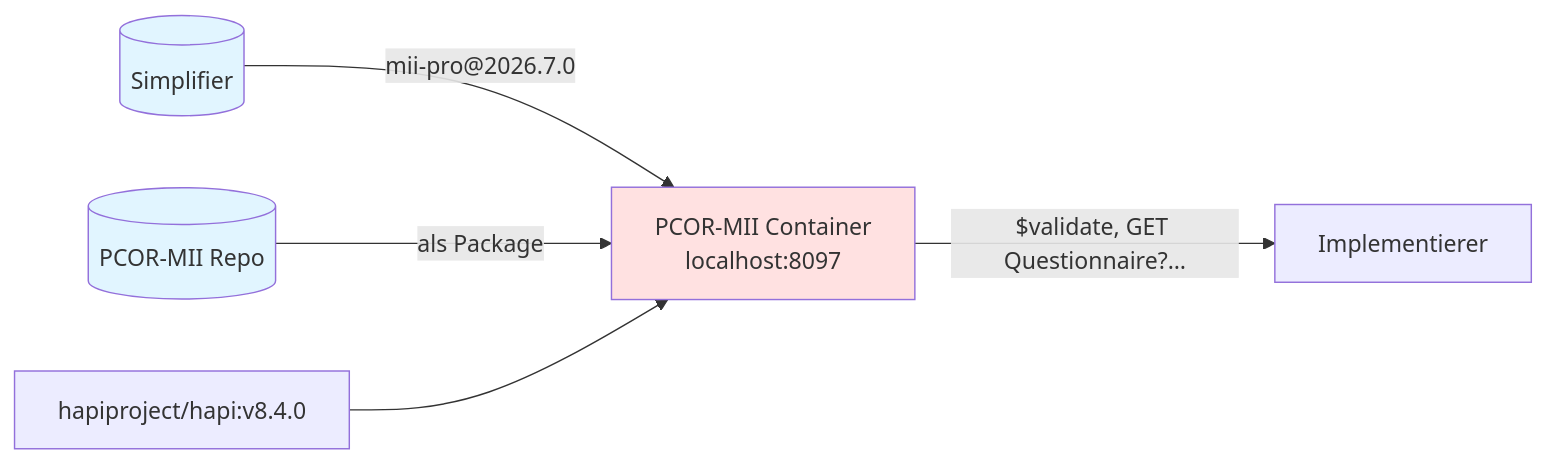
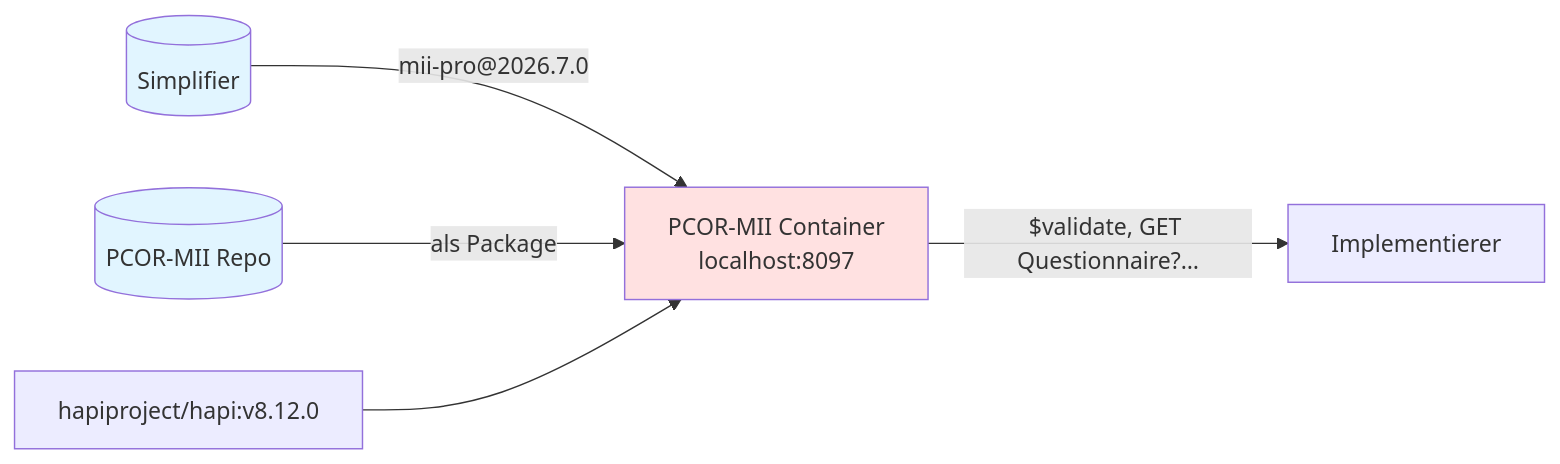
One commit to BIH-CEI/PCOR-MII changed the first of 2 diagrams in input/pagecontent/Bereitstellung.md. Above: the diagram before and after it, drawn with Mermaid. The commit also changed other lines of this file and 45 other files, not shown here.

````diff
--- a/input/pagecontent/Bereitstellung.md
+++ b/input/pagecontent/Bereitstellung.md
@@ -18,11 +19,11 @@
 ```mermaid
 flowchart LR
     SIMPLIFIER[("Simplifier")] -->|"mii-pro@2026.7.0"| HAPI
     REPO[("PCOR-MII Repo")] -->|"als Package"| HAPI
-    HAPI_BASE["hapiproject/hapi:v8.4.0"] --> HAPI["PCOR-MII Container<br/>localhost:8097"]
+    HAPI_BASE["hapiproject/hapi:v8.12.0"] --> HAPI["PCOR-MII Container<br/>localhost:8097"]
     HAPI -->|"$validate, GET Questionnaire?…"| CLIENT["Implementierer"]
 
     style HAPI fill:#ffe1e1
     style SIMPLIFIER fill:#e1f5ff
     style REPO fill:#e1f5ff
 ```
````
